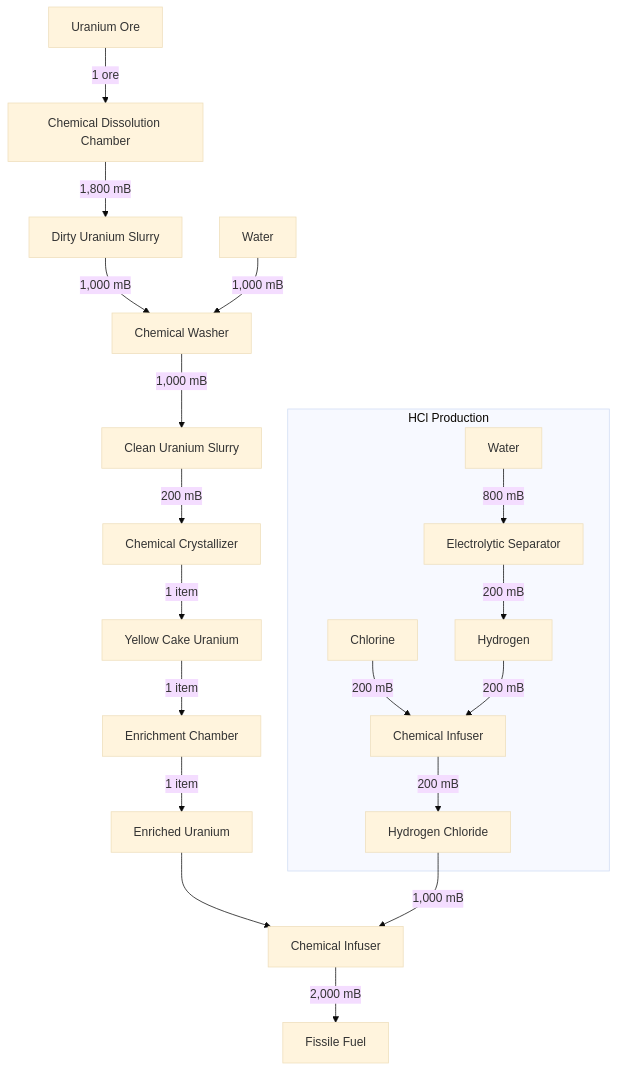
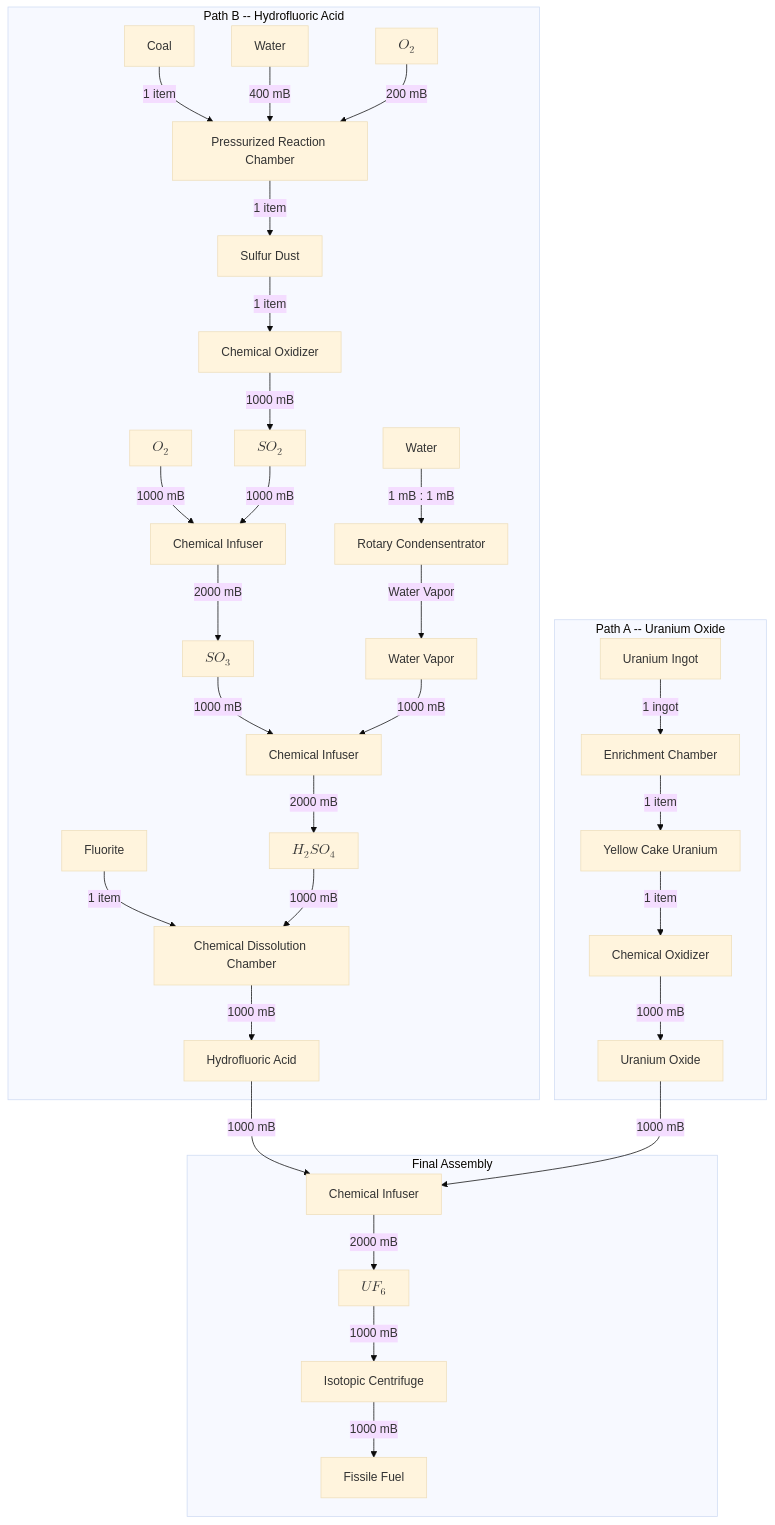
Before and after one commit to Kiwifan1/Kiwifan1.github.io: the first of 3 diagrams in docs/mekanism/fissile-fuel-production.md, drawn with Mermaid (base theme). The commit also changed other lines of this file and 5 other files, not shown here.

Commit message:
Rewrite fissile fuel chain to correct Fluorite/UF6 path, fix Mermaid KaTeX

````diff
--- a/docs/mekanism/fissile-fuel-production.md
+++ b/docs/mekanism/fissile-fuel-production.md
@@ -7,23 +7,37 @@
 ```mermaid
 flowchart TD
-    Ore["Uranium Ore"] -->|"1 ore"| DC["Chemical Dissolution Chamber"]
-    DC -->|"1,800 mB"| DS["Dirty Uranium Slurry"]
-    DS -->|"1,000 mB"| CW["Chemical Washer"]
-    Water1["Water"] -->|"1,000 mB"| CW
-    CW -->|"1,000 mB"| CS["Clean Uranium Slurry"]
-    CS -->|"200 mB"| CC["Chemical Crystallizer"]
-    CC -->|"1 item"| YC["Yellow Cake Uranium"]
-    YC -->|"1 item"| EC["Enrichment Chamber"]
-    EC -->|"1 item"| EU["Enriched Uranium"]
-    EU --> CI["Chemical Infuser"]
-    HCl["Hydrogen Chloride"] -->|"1,000 mB"| CI
-    CI -->|"2,000 mB"| FF["Fissile Fuel"]
+    subgraph PathA["Path A -- Uranium Oxide"]
+        UI["Uranium Ingot"] -->|"1 ingot"| EC["Enrichment Chamber"]
+        EC -->|"1 item"| YC["Yellow Cake Uranium"]
+        YC -->|"1 item"| COu["Chemical Oxidizer"]
+        COu -->|"1000 mB"| UO["Uranium Oxide"]
+    end
 
-    subgraph HCl Production
-        Water2["Water"] -->|"800 mB"| ES["Electrolytic Separator"]
-        ES -->|"200 mB"| H2["Hydrogen"]
-        Cl["Chlorine"] -->|"200 mB"| CIH["Chemical Infuser"]
-        H2 -->|"200 mB"| CIH
-        CIH -->|"200 mB"| HCl
+    subgraph PathB["Path B -- Hydrofluoric Acid"]
+        Coal["Coal"] -->|"1 item"| PRC["Pressurized Reaction Chamber"]
+        Water1["Water"] -->|"400 mB"| PRC
+        O2a["$$O_2$$"] -->|"200 mB"| PRC
+        PRC -->|"1 item"| SD["Sulfur Dust"]
+        SD -->|"1 item"| COs["Chemical Oxidizer"]
+        COs -->|"1000 mB"| SO2["$$SO_2$$"]
+        O2b["$$O_2$$"] -->|"1000 mB"| CI1["Chemical Infuser"]
+        SO2 -->|"1000 mB"| CI1
+        CI1 -->|"2000 mB"| SO3["$$SO_3$$"]
+        Water2["Water"] -->|"1 mB : 1 mB"| RC["Rotary Condensentrator"]
+        RC -->|"Water Vapor"| WV["Water Vapor"]
+        SO3 -->|"1000 mB"| CI2["Chemical Infuser"]
+        WV -->|"1000 mB"| CI2
+        CI2 -->|"2000 mB"| H2SO4["$$H_2SO_4$$"]
+        Fluorite["Fluorite"] -->|"1 item"| CDC["Chemical Dissolution Chamber"]
+        H2SO4 -->|"1000 mB"| CDC
+        CDC -->|"1000 mB"| HF["Hydrofluoric Acid"]
+    end
+
+    subgraph Final["Final Assembly"]
+        HF -->|"1000 mB"| CI3["Chemical Infuser"]
+        UO -->|"1000 mB"| CI3
+        CI3 -->|"2000 mB"| UF6["$$UF_6$$"]
+        UF6 -->|"1000 mB"| IC["Isotopic Centrifuge"]
+        IC -->|"1000 mB"| FF["Fissile Fuel"]
     end
 ```
````
